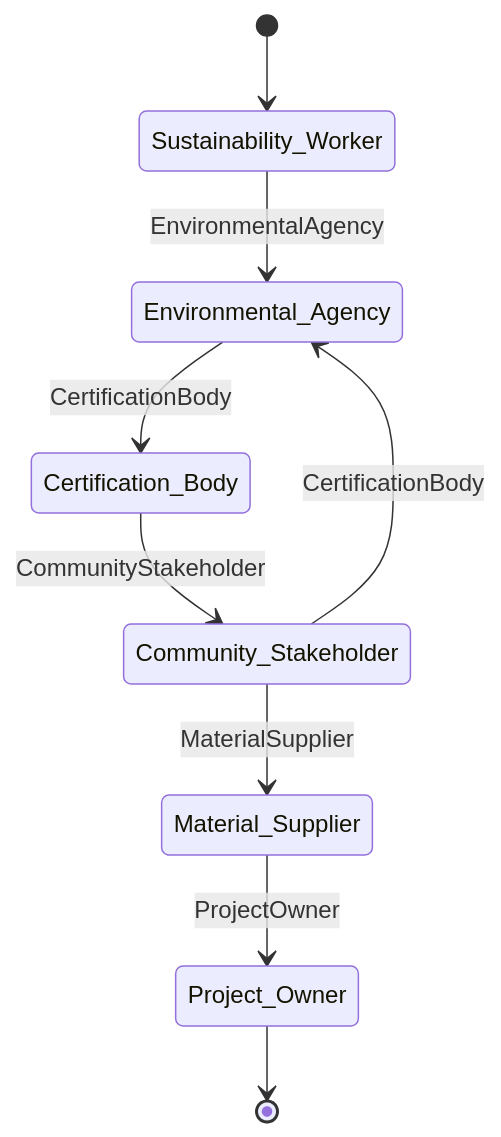
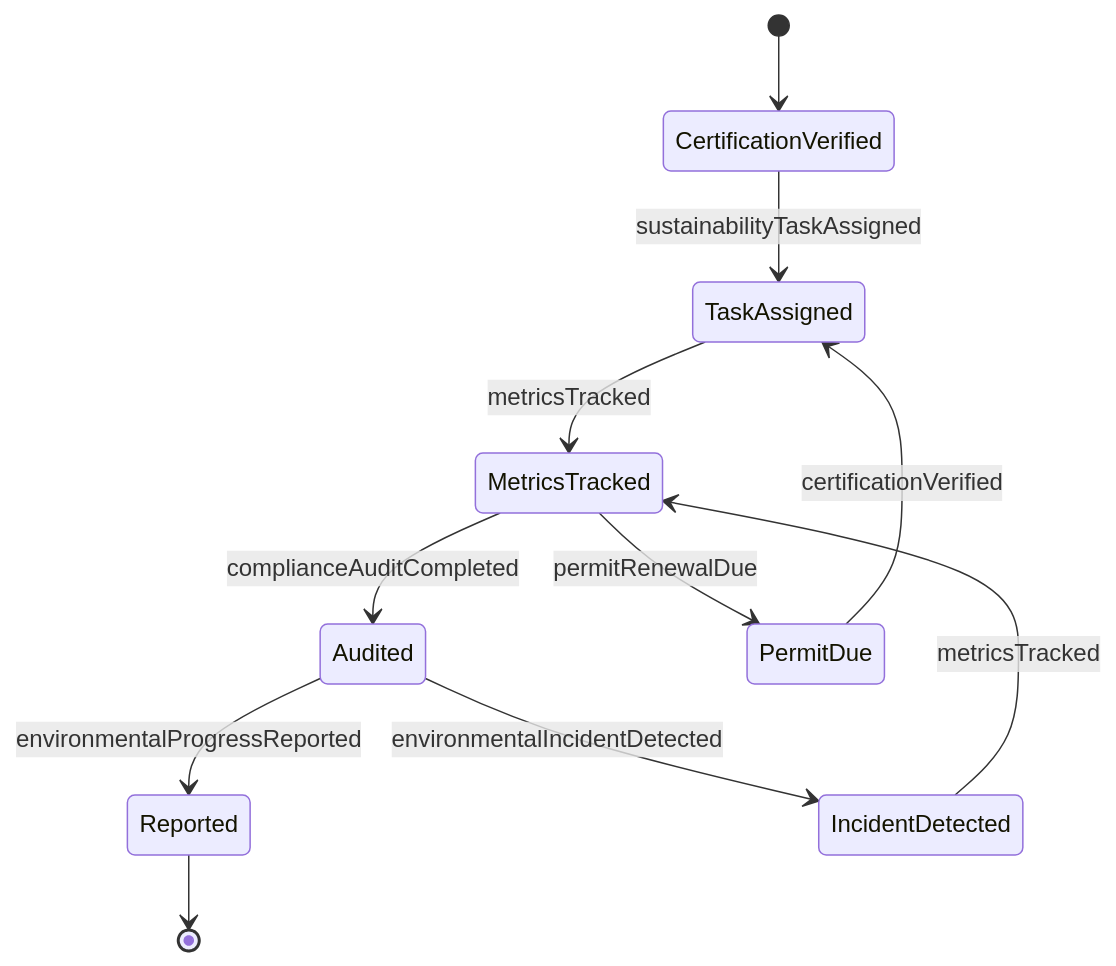
One commit to dot-org-ai/tasks.org.ai changed the second of 4 diagrams in GuidingDirectingAndMotivatingSubordinates/SupervisePersonnelActivities/SuperviseWorkersPerformingEnvironmentallySustainab.mdx. Above: the diagram before and after it, drawn with Mermaid. The commit also changed other lines of this file and 515 other files, not shown here.

````diff
--- a/GuidingDirectingAndMotivatingSubordinates/SupervisePersonnelActivities/SuperviseWorkersPerformingEnvironmentallySustainab.mdx
+++ b/GuidingDirectingAndMotivatingSubordinates/SupervisePersonnelActivities/SuperviseWorkersPerformingEnvironmentallySustainab.mdx
@@ -101,11 +98,13 @@
 ```mermaid
 stateDiagram-v2
-    [*] --> Sustainability_Worker
-    Sustainability_Worker --> Environmental_Agency: EnvironmentalAgency
-    Environmental_Agency --> Certification_Body: CertificationBody
-    Certification_Body --> Community_Stakeholder: CommunityStakeholder
-    Community_Stakeholder --> Material_Supplier: MaterialSupplier
-    Material_Supplier --> Project_Owner: ProjectOwner
-    Community_Stakeholder --> Environmental_Agency: CertificationBody
-    Project_Owner --> [*]
+    [*] --> CertificationVerified
+    CertificationVerified --> TaskAssigned : sustainabilityTaskAssigned
+    TaskAssigned --> MetricsTracked : metricsTracked
+    MetricsTracked --> Audited : complianceAuditCompleted
+    Audited --> Reported : environmentalProgressReported
+    Audited --> IncidentDetected : environmentalIncidentDetected
+    IncidentDetected --> MetricsTracked : metricsTracked
+    MetricsTracked --> PermitDue : permitRenewalDue
+    PermitDue --> TaskAssigned : certificationVerified
+    Reported --> [*]
 ```
````
